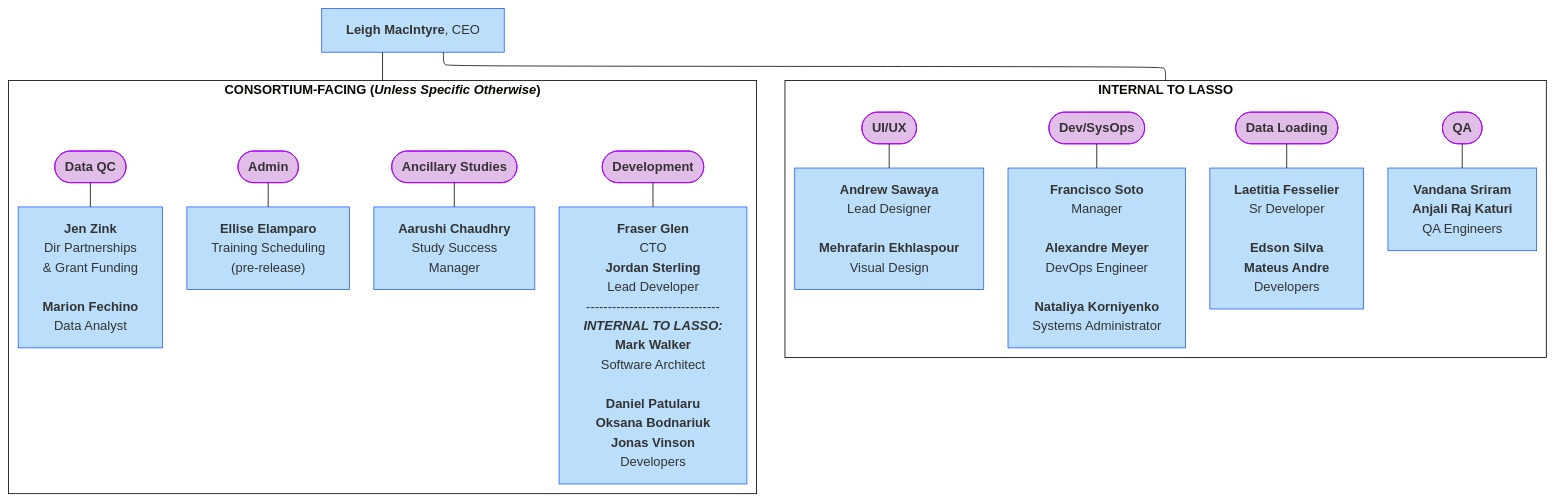
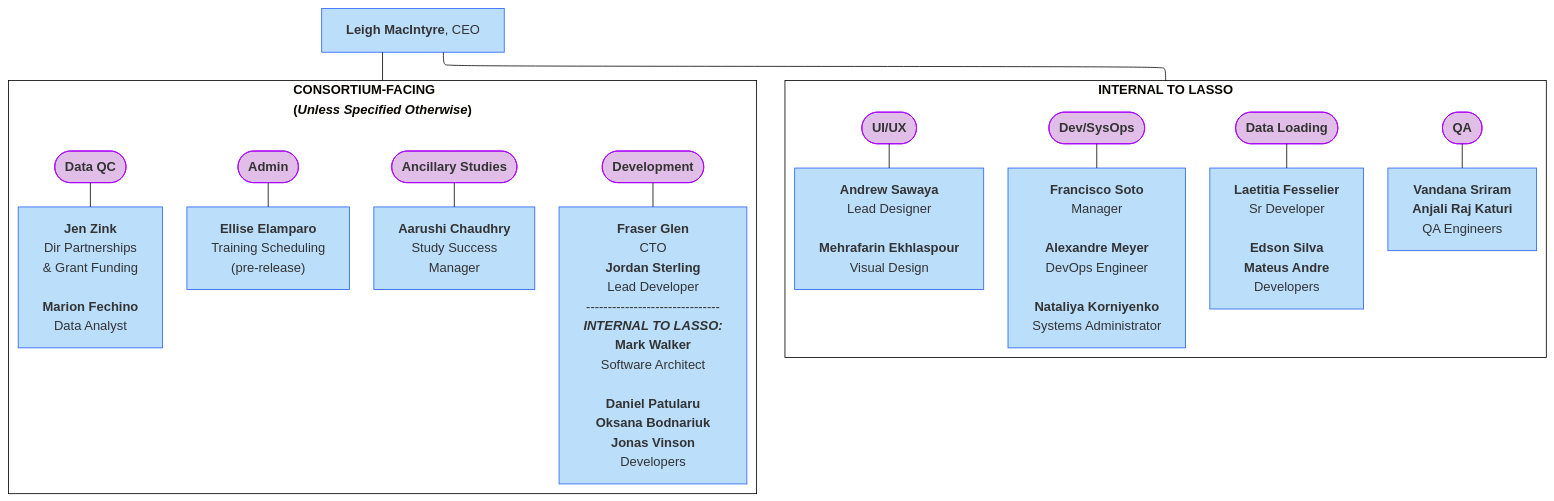
Before and after one commit to DCAN-Labs/hbcd-docs-internal: the first of 11 diagrams in docs/orgcharts_alt.md, drawn with Mermaid (base theme). The commit also changed 1 other file, not shown here.

````diff
--- a/docs/orgcharts_alt.md
+++ b/docs/orgcharts_alt.md
@@ -6,62 +6,62 @@
 ```mermaid
 ---
 config:
   layout: elk
 ---
 flowchart TB
  subgraph s1["<b>INTERNAL TO LASSO</b>"]
         n23(["<b>Dev/SysOps</b>"])
         n24["<b>Francisco Soto</b><br>Manager<br>
     <b>Alexandre Meyer</b><br>DevOps Engineer<br><br><b>Nataliya Korniyenko<br></b>Systems Administrator"]
         n4(["<b>Data Loading</b>"])
         n9["<b>Laetitia Fesselier</b><br>Sr Developer<br>
     <b>Edson Silva</b><br><b>Mateus Andre</b><br>Developers"]
         n29(["<b>UI/UX</b>"])
         n30["<b>Andrew Sawaya</b><br>Lead Designer<br>
     <b>Mehrafarin Ekhlaspour</b><br>Visual Design"]
         n27(["<b>QA</b>"])
         n28["<b>Vandana Sriram</b><br><b>Anjali Raj Katuri<br></b>QA Engineers"]
   end
- subgraph s2["<b>CONSORTIUM-FACING (<i>Unless Specific Otherwise</i>)</b>"]
+ subgraph s2["<b>CONSORTIUM-FACING<br>(<i>Unless Specified Otherwise</i>)</b>"]
         B(["<b>Admin</b>"])
         n5["<b>Ellise Elamparo</b><br>Training Scheduling<br>(pre-release)"]
         n1(["<b>Ancillary Studies</b>"])
         n6["<b>Aarushi Chaudhry<br></b>Study Success<br>Manager"]
         n2(["<b>Data QC</b>"])
         n7["<b>Jen Zink<br></b>Dir Partnerships<br>&amp; Grant Funding<br><br><b>Marion Fechino</b><br>Data Analyst"]
         n22(["<b>Development</b>"])
         n26["<b>Fraser Glen<br></b>CTO<br><b>Jordan Sterling<br></b>Lead Developer
     -------------------------------
     <b><i>INTERNAL TO LASSO:</i>
     Mark Walker</b><br>Software Architect<br>
     <b>Daniel Patularu</b><br><b>Oksana Bodnariuk<br>Jonas Vinson<br></b>Developers"]
   end
     B --- n5
     n1 --- n6
     n2 --- n7
     n4 --- n9
     n23 --- n24
     n22 --- n26
     n27 --- n28
     n29 --- n30
     A["<b>Leigh MacIntyre</b>, CEO"] --- s2 & s1
     style n23 fill:#E1BEE7,stroke:#AA00FF
     style n24 fill:#BBDEFB,stroke:#2962FF
     style n4 fill:#E1BEE7,stroke:#AA00FF
     style n9 fill:#BBDEFB,stroke:#2962FF
     style n29 fill:#E1BEE7,stroke:#AA00FF
     style n30 fill:#BBDEFB,stroke:#2962FF
     style n27 fill:#E1BEE7,stroke:#AA00FF
     style n28 fill:#BBDEFB,stroke:#2962FF
     style B fill:#E1BEE7,stroke:#AA00FF
     style n5 fill:#BBDEFB,stroke:#2962FF
     style n1 fill:#E1BEE7,stroke:#AA00FF
     style n6 fill:#BBDEFB,stroke:#2962FF
     style n2 fill:#E1BEE7,stroke:#AA00FF
     style n7 fill:#BBDEFB,stroke:#2962FF
     style n22 fill:#E1BEE7,stroke:#AA00FF
     style n26 fill:#BBDEFB,stroke:#2962FF
     style A fill:#BBDEFB,stroke:#2962FF
     style s2 fill:#FFFFFF,stroke:#000000
     style s1 fill:#FFFFFF,stroke:#000000
 ```
````
